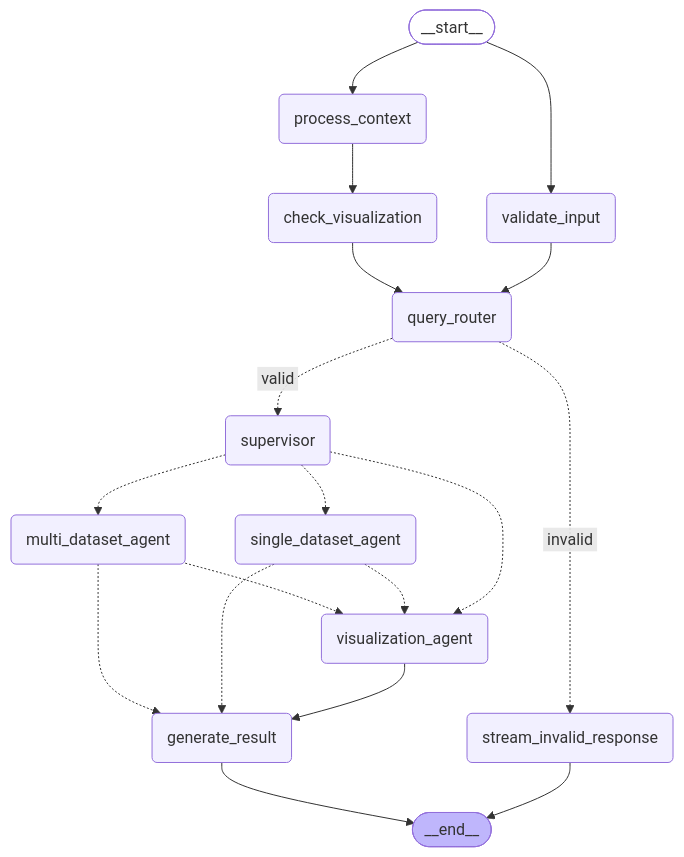
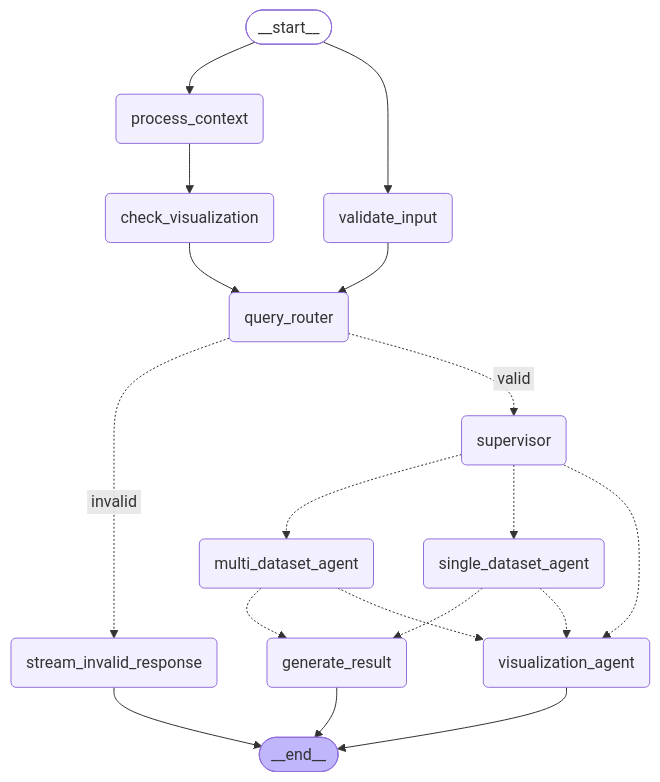
The diagram in chat-server/app/workflow/graph/graph_mermaid/agent_graph.mmd (factly/gopie), drawn with Mermaid before and after one commit. The commit also changed 5 other files, not shown here.

```diff
--- a/chat-server/app/workflow/graph/graph_mermaid/agent_graph.mmd
+++ b/chat-server/app/workflow/graph/graph_mermaid/agent_graph.mmd
@@ -1,38 +1,38 @@
 ---
 config:
   flowchart:
     curve: basis
 ---
 graph TD;
 	__start__([<p>__start__</p>]):::first
 	validate_input(validate_input)
 	stream_invalid_response(stream_invalid_response)
 	process_context(process_context)
 	supervisor(supervisor)
 	multi_dataset_agent(multi_dataset_agent)
 	single_dataset_agent(single_dataset_agent)
 	visualization_agent(visualization_agent)
 	check_visualization(check_visualization)
 	generate_result(generate_result)
 	query_router(query_router)
 	__end__([<p>__end__</p>]):::last
 	__start__ --> process_context;
 	__start__ --> validate_input;
 	check_visualization --> query_router;
 	multi_dataset_agent -.-> generate_result;
 	multi_dataset_agent -.-> visualization_agent;
 	process_context --> check_visualization;
 	query_router -. &nbsp;invalid&nbsp; .-> stream_invalid_response;
 	query_router -. &nbsp;valid&nbsp; .-> supervisor;
 	single_dataset_agent -.-> generate_result;
 	single_dataset_agent -.-> visualization_agent;
 	supervisor -.-> multi_dataset_agent;
 	supervisor -.-> single_dataset_agent;
 	supervisor -.-> visualization_agent;
 	validate_input --> query_router;
-	visualization_agent --> generate_result;
 	generate_result --> __end__;
 	stream_invalid_response --> __end__;
+	visualization_agent --> __end__;
 	classDef default fill:#f2f0ff,line-height:1.2
 	classDef first fill-opacity:0
 	classDef last fill:#bfb6fc
```
